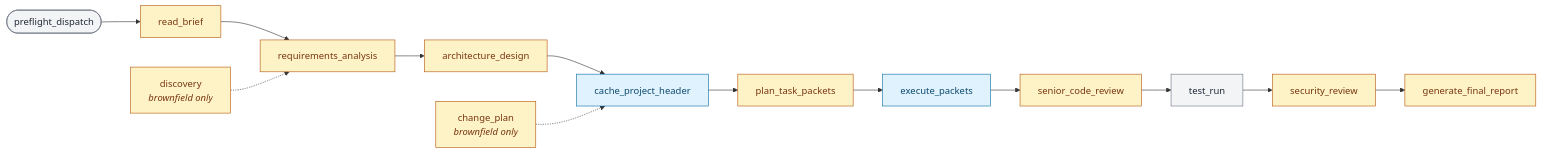
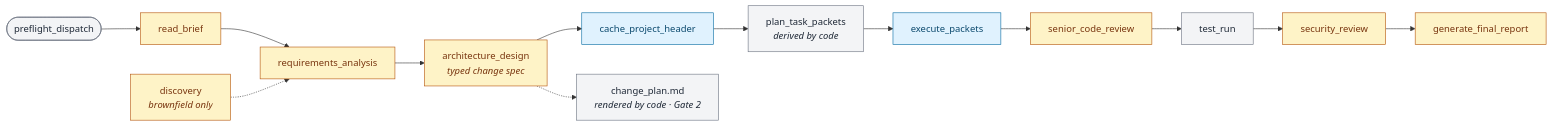
The third of 4 diagrams in README.md (mehtasanjit/ai-sdlc-orchestrator-claude-code-harness), drawn with Mermaid before and after one commit. The commit also changed other lines of this file and 176 other files, not shown here.

````diff
--- a/README.md
+++ b/README.md
@@ -72,25 +72,25 @@
 ```mermaid
 flowchart LR
     P0([preflight_dispatch]):::local
     P1[read_brief]:::opus
     P2[requirements_analysis]:::opus
-    P3[architecture_design]:::opus
+    P3[architecture_design<br/><i>typed change spec</i>]:::opus
     P4[cache_project_header]:::gem
-    P5[plan_task_packets]:::opus
+    P5[plan_task_packets<br/><i>derived by code</i>]:::local
     P6[execute_packets]:::gem
     P7[senior_code_review]:::opus
     P8[test_run]:::local
     P9[security_review]:::opus
     P10[generate_final_report]:::opus
 
     P0 --> P1 --> P2 --> P3 --> P4 --> P5 --> P6 --> P7 --> P8 --> P9 --> P10
 
     D[discovery<br/><i>brownfield only</i>]:::opus
-    C[change_plan<br/><i>brownfield only</i>]:::opus
+    C[change_plan.md<br/><i>rendered by code · Gate 2</i>]:::local
     D -.-> P2
-    C -.-> P4
+    P3 -.-> C
 
     classDef opus  fill:#FEF3C7,stroke:#B45309,color:#78350F
     classDef gem   fill:#E0F2FE,stroke:#0369A1,color:#0C4A6E
     classDef local fill:#F3F4F6,stroke:#6B7280,color:#1F2937
 ```
````
